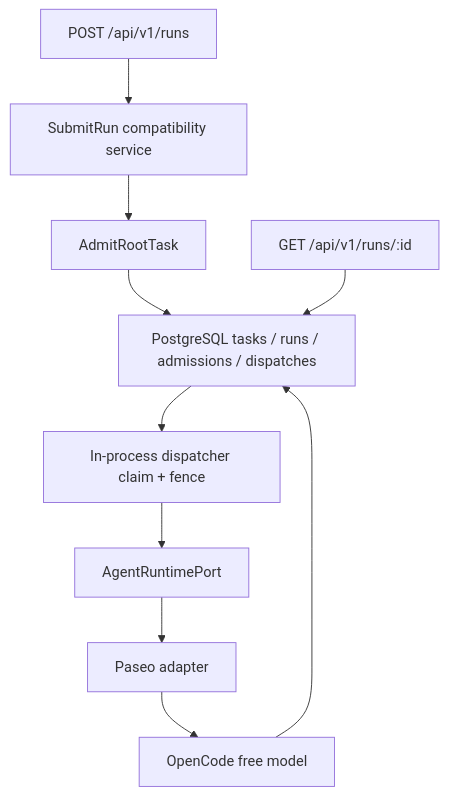
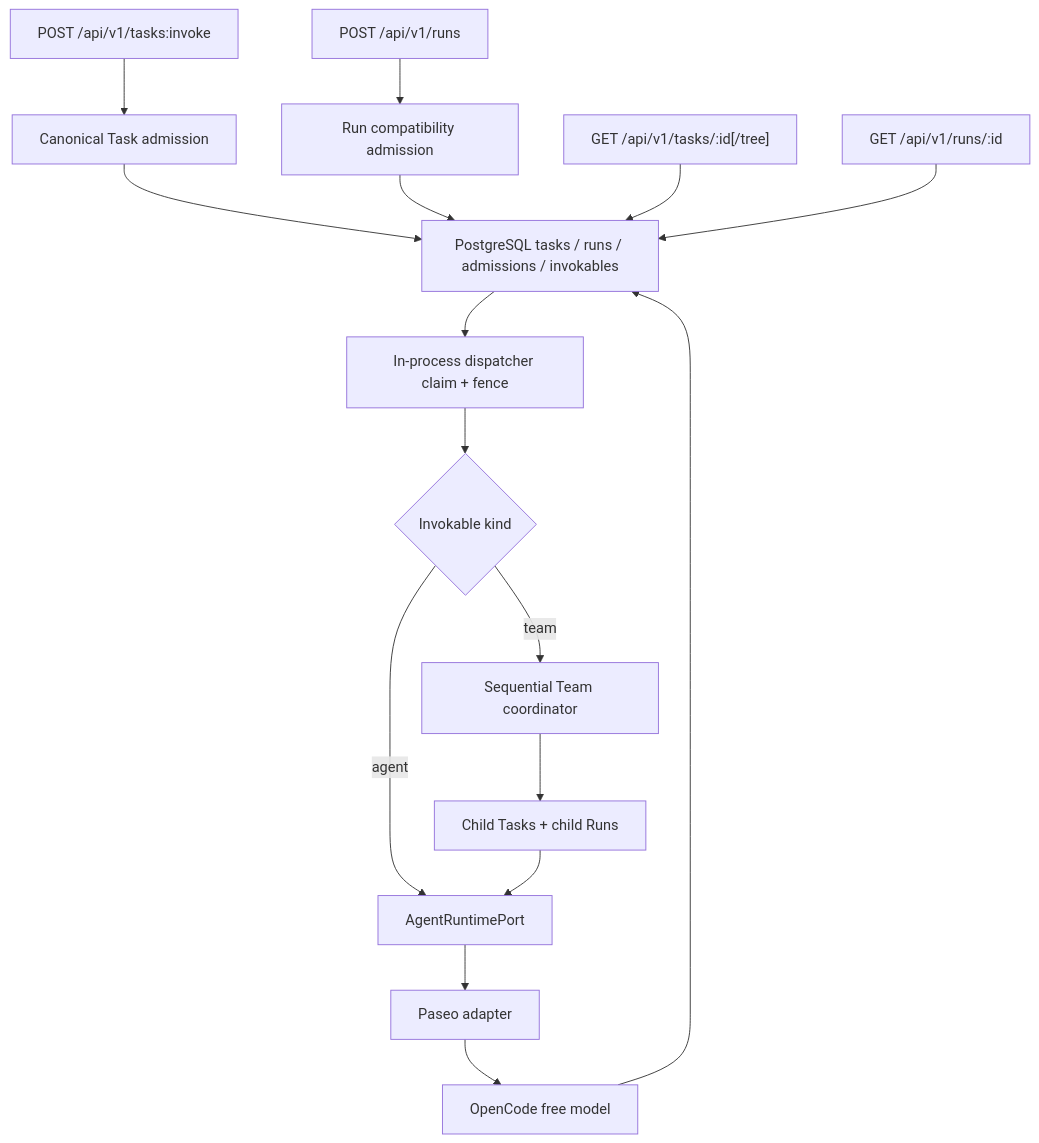
The diagram in README.md (atomlink-ye/agent-server), drawn with Mermaid before and after one commit. The commit also changed other lines of this file and 55 other files, not shown here.

Commit message:
Implement Sequential Team MVP

````diff
--- a/README.md
+++ b/README.md
@@ -7,12 +7,18 @@
 ```mermaid
 flowchart TD
-    A["POST /api/v1/runs"] --> B["SubmitRun compatibility service"]
-    B --> C["AdmitRootTask"]
-    C --> D["PostgreSQL tasks / runs / admissions / dispatches"]
+    A["POST /api/v1/tasks:invoke"] --> B["Canonical Task admission"]
+    J["POST /api/v1/runs"] --> C["Run compatibility admission"]
+    B --> D["PostgreSQL tasks / runs / admissions / invokables"]
+    C --> D
     D --> E["In-process dispatcher claim + fence"]
-    E --> F["AgentRuntimePort"]
-    F --> G["Paseo adapter"]
-    G --> H["OpenCode free model"]
-    H --> D
-    I["GET /api/v1/runs/:id"] --> D
+    E --> F{"Invokable kind"}
+    F -->|agent| G["AgentRuntimePort"]
+    F -->|team| H["Sequential Team coordinator"]
+    H --> I["Child Tasks + child Runs"]
+    I --> G
+    G --> K["Paseo adapter"]
+    K --> L["OpenCode free model"]
+    L --> D
+    M["GET /api/v1/tasks/:id[/tree]"] --> D
+    N["GET /api/v1/runs/:id"] --> D
 ```
````
